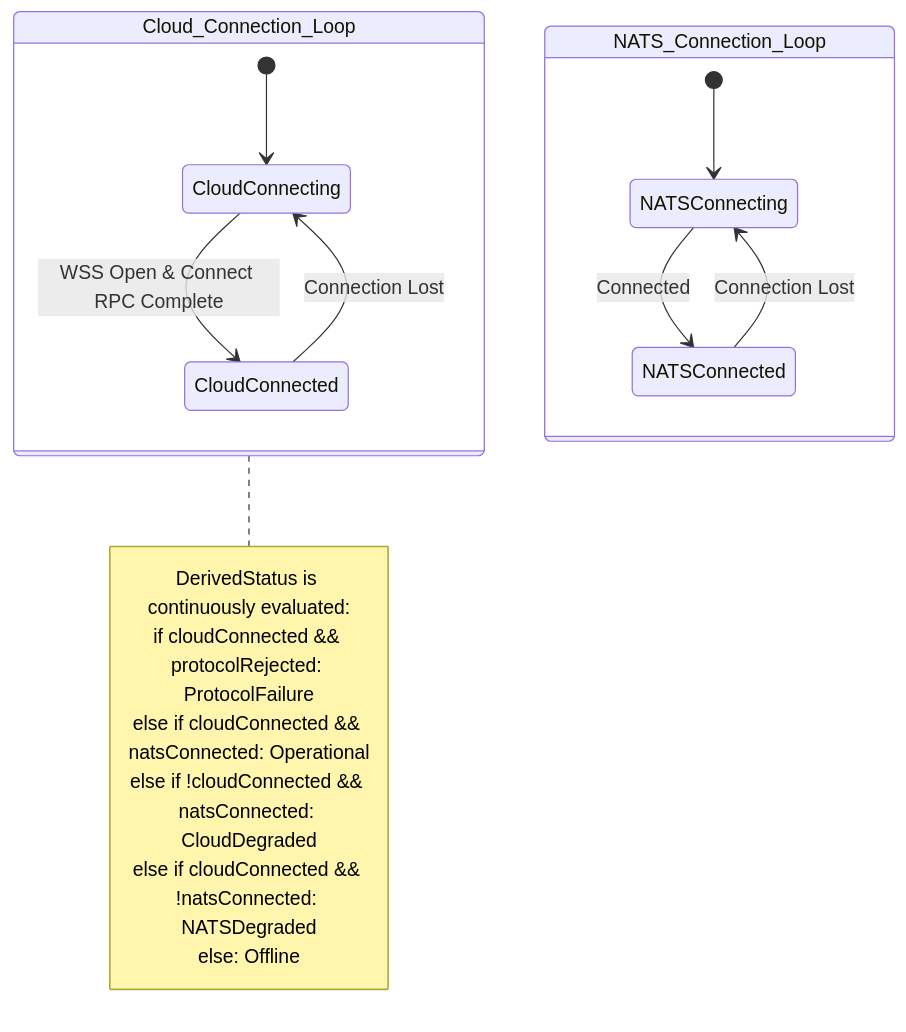
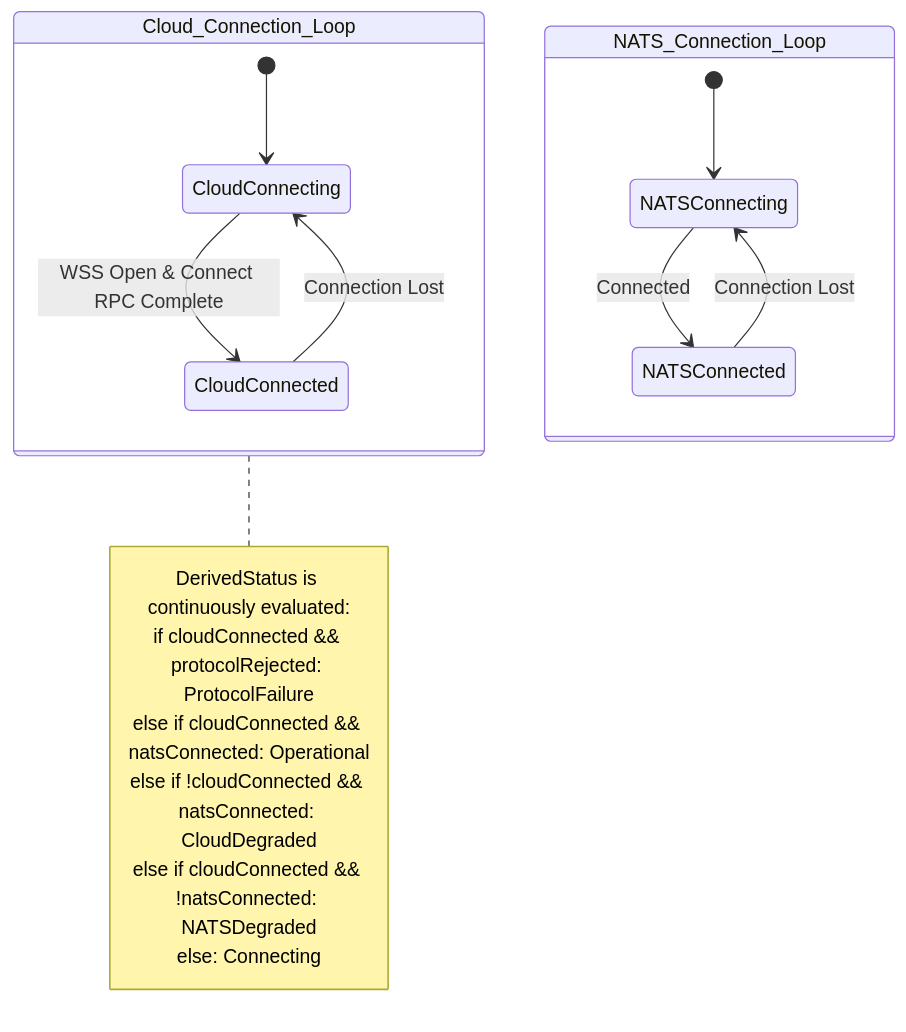
One commit to routerarchitects/TIP-olg-ucentral-client changed the fifth of 5 diagrams in HIGH_LEVEL_DESIGN.md. Above: the diagram before and after it, drawn with Mermaid. The commit also changed other lines of this file and 4 other files, not shown here.

````diff
--- a/HIGH_LEVEL_DESIGN.md
+++ b/HIGH_LEVEL_DESIGN.md
@@ -311,23 +311,23 @@
 ```mermaid
 stateDiagram-v2
     state Cloud_Connection_Loop {
         [*] --> CloudConnecting
         CloudConnecting --> CloudConnected : WSS Open & Connect RPC Complete
         CloudConnected --> CloudConnecting : Connection Lost
     }
     
     state NATS_Connection_Loop {
         [*] --> NATSConnecting
         NATSConnecting --> NATSConnected : Connected
         NATSConnected --> NATSConnecting : Connection Lost
     }
     
     note right of Cloud_Connection_Loop
         DerivedStatus is continuously evaluated:
         if cloudConnected && protocolRejected: ProtocolFailure
         else if cloudConnected && natsConnected: Operational
         else if !cloudConnected && natsConnected: CloudDegraded
         else if cloudConnected && !natsConnected: NATSDegraded
-        else: Offline
+        else: Connecting
     end note
 ```
````
